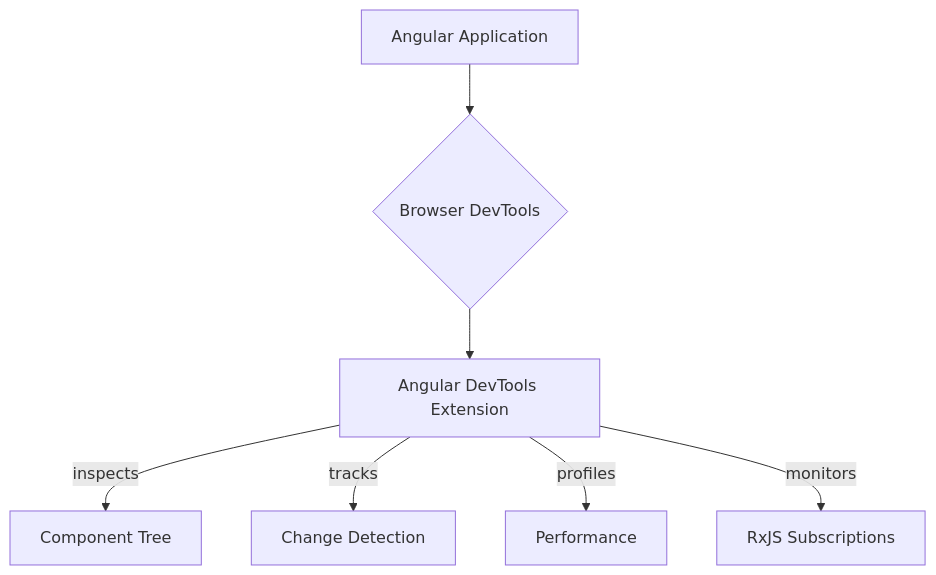
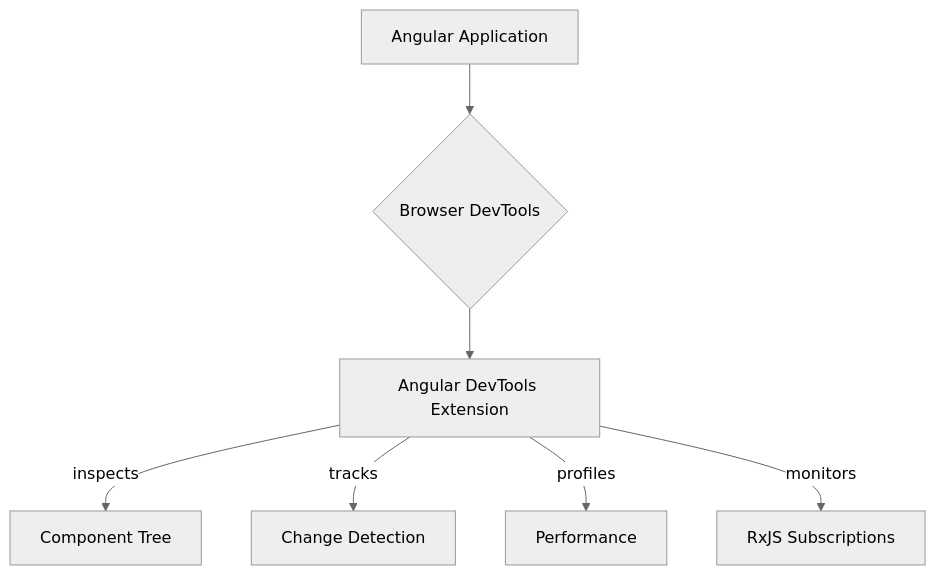
The diagram in angular-course/15-ecosystem/15.3-angular-devtools.md (CodeTreatise/Learn-Angular20), drawn with Mermaid before and after one commit. The commit also changed other lines of this file and 4 other files, not shown here.

````diff
--- a/angular-course/15-ecosystem/15.3-angular-devtools.md
+++ b/angular-course/15-ecosystem/15.3-angular-devtools.md
@@ -20,10 +20,11 @@
 ```mermaid
+%%{init: {'theme':'neutral'}}%%
 graph TD
     A[Angular Application] --> B{Browser DevTools};
     B --> C[Angular DevTools Extension];
 
     C -- inspects --> D[Component Tree];
     C -- tracks --> E[Change Detection];
     C -- profiles --> F[Performance];
     C -- monitors --> G[RxJS Subscriptions];
 ```
````
